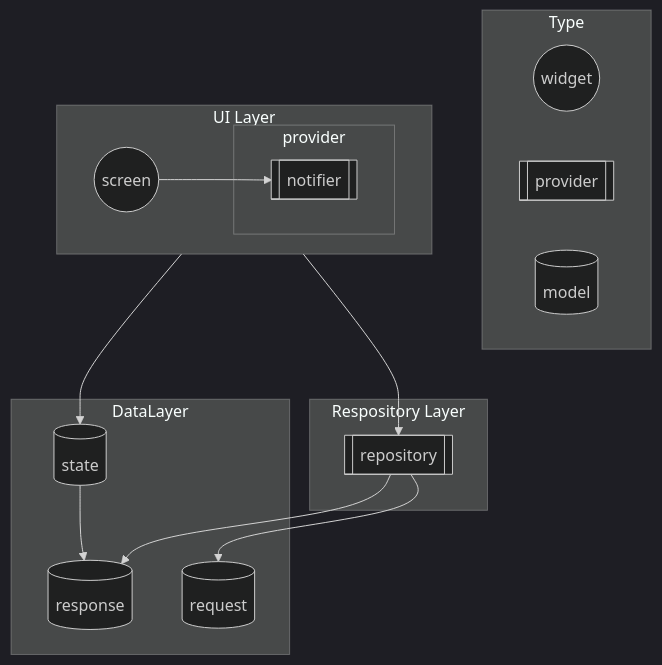
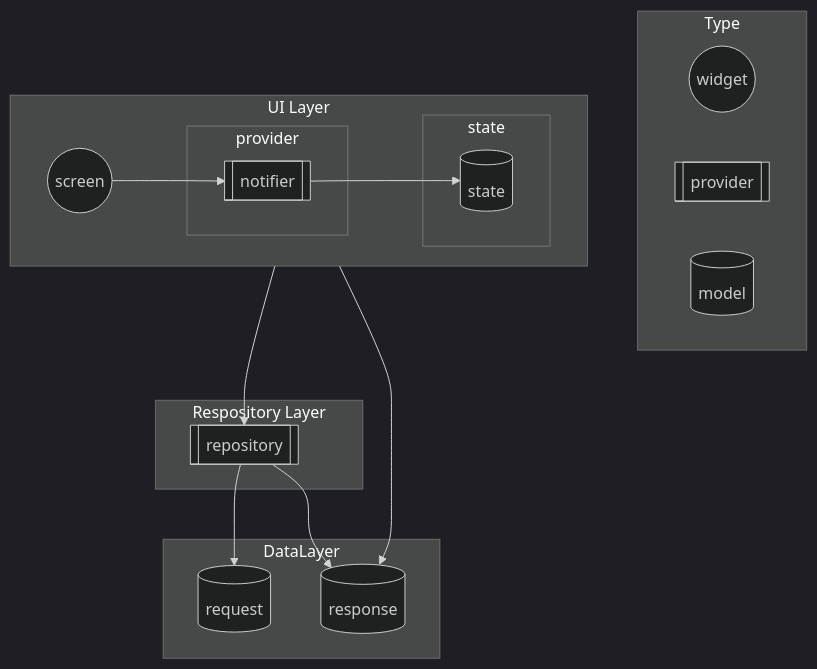
One commit to oyuno-hito/flutter-training changed the diagram in docs/ARCHTECTURE.md. Above: the diagram before and after it, drawn with Mermaid (dark theme). The commit also changed 3 other files, not shown here.

````diff
--- a/docs/ARCHTECTURE.md
+++ b/docs/ARCHTECTURE.md
@@ -1,36 +1,38 @@
 ```mermaid
 flowchart TB
 
 subgraph Type
 direction LR
 widgetType((widget))
 providerType[[provider]]
 modelType[(model)]
 end
 
 subgraph UI Layer
     direction LR
     screen((screen))
     subgraph provider
         notifier[[notifier]]
     end
     screen-->notifier
+    subgraph state
+        stateModel[(state)]
+    end
 end
 
 subgraph Respository Layer
     repository[[repository]]
 end
 
 subgraph DataLayer
-state[(state)]
 request[(request)]
 response[(response)]
 end
 
-notifier-->state
-state-->response
+notifier-->stateModel
+stateModel-->response
 repository-->response
 repository-->request
 
 notifier-->repository
 ```
````
